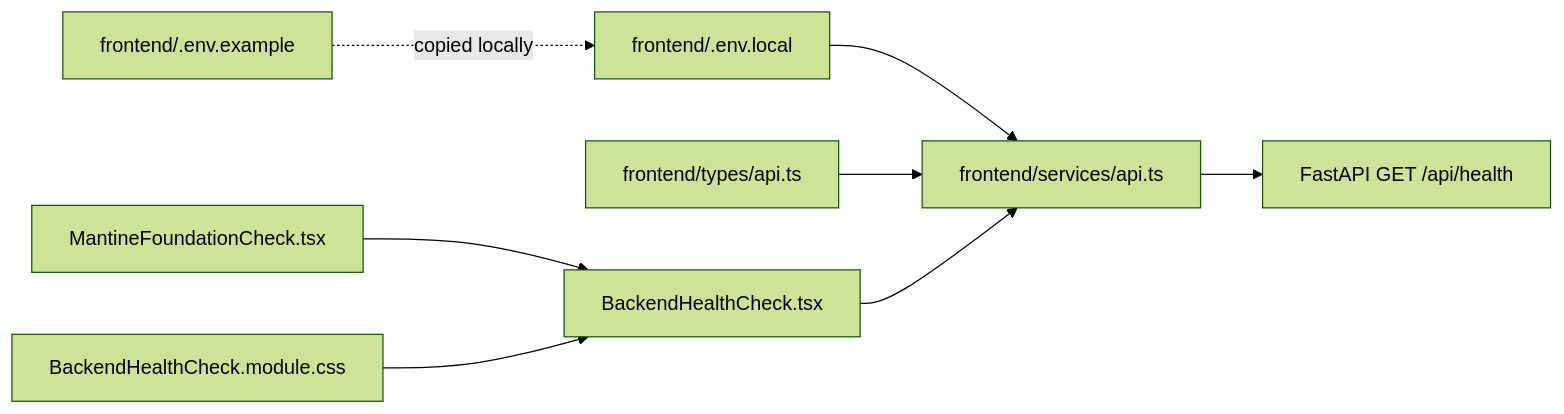
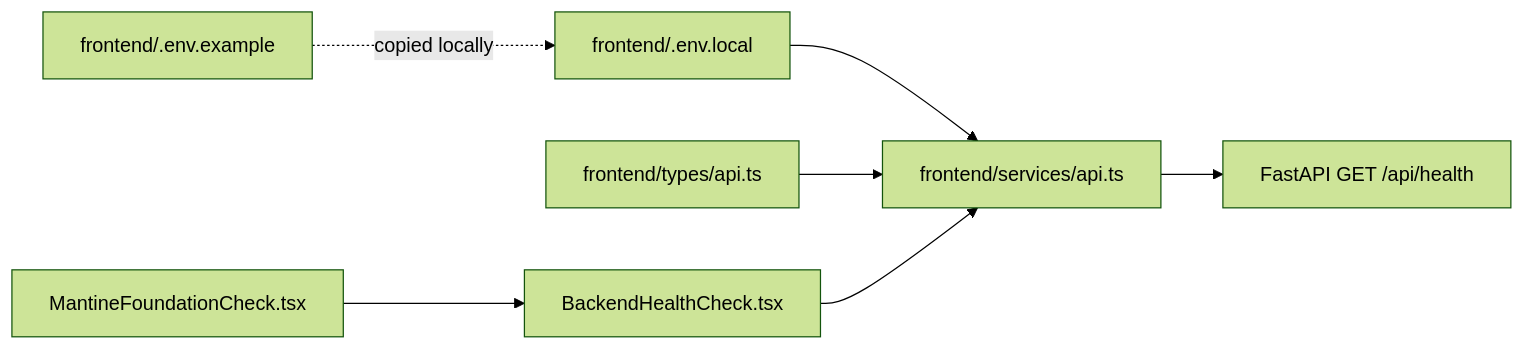
One commit to jianna-acc/stsp-capstone changed the fifth of 31 diagrams in docs/ARCHITECTURE.md. Above: the diagram before and after it, drawn with Mermaid (forest theme). The commit also changed other lines of this file and 29 other files, not shown here.

````diff
--- a/docs/ARCHITECTURE.md
+++ b/docs/ARCHITECTURE.md
@@ -194,20 +270,18 @@
 ```mermaid
 flowchart LR
     PAGE["MantineFoundationCheck.tsx"]
     HEALTH_COMPONENT["BackendHealthCheck.tsx"]
-    HEALTH_CSS["BackendHealthCheck.module.css"]
     API_SERVICE["frontend/services/api.ts"]
     API_TYPES["frontend/types/api.ts"]
     ENV_LOCAL["frontend/.env.local"]
     ENV_EXAMPLE["frontend/.env.example"]
     FASTAPI["FastAPI GET /api/health"]
 
     ENV_EXAMPLE -. copied locally .-> ENV_LOCAL
     ENV_LOCAL --> API_SERVICE
     API_TYPES --> API_SERVICE
 
     PAGE --> HEALTH_COMPONENT
-    HEALTH_CSS --> HEALTH_COMPONENT
     HEALTH_COMPONENT --> API_SERVICE
     API_SERVICE --> FASTAPI
 ```
````
